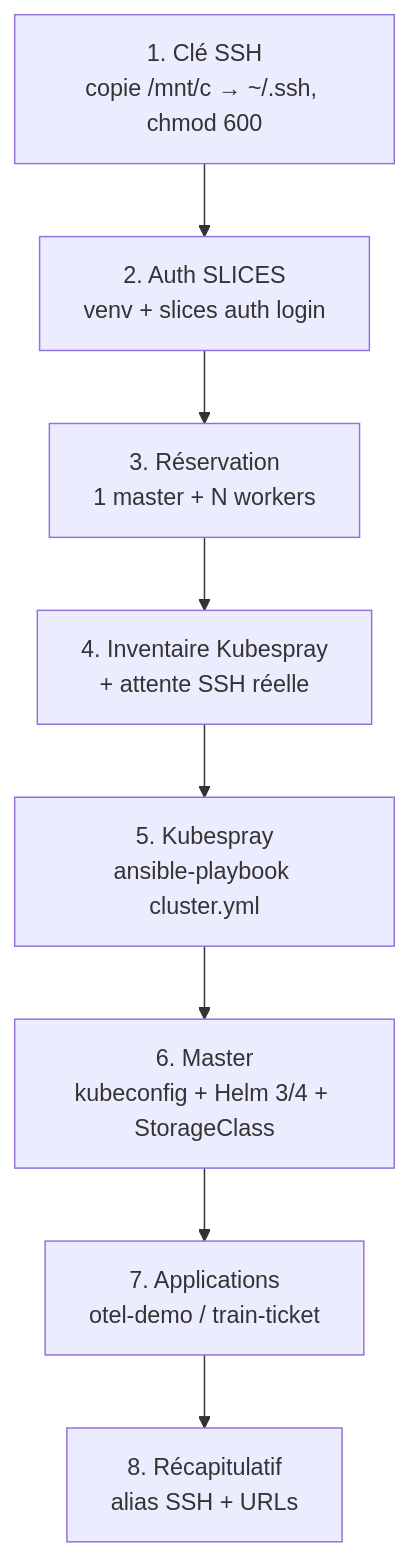
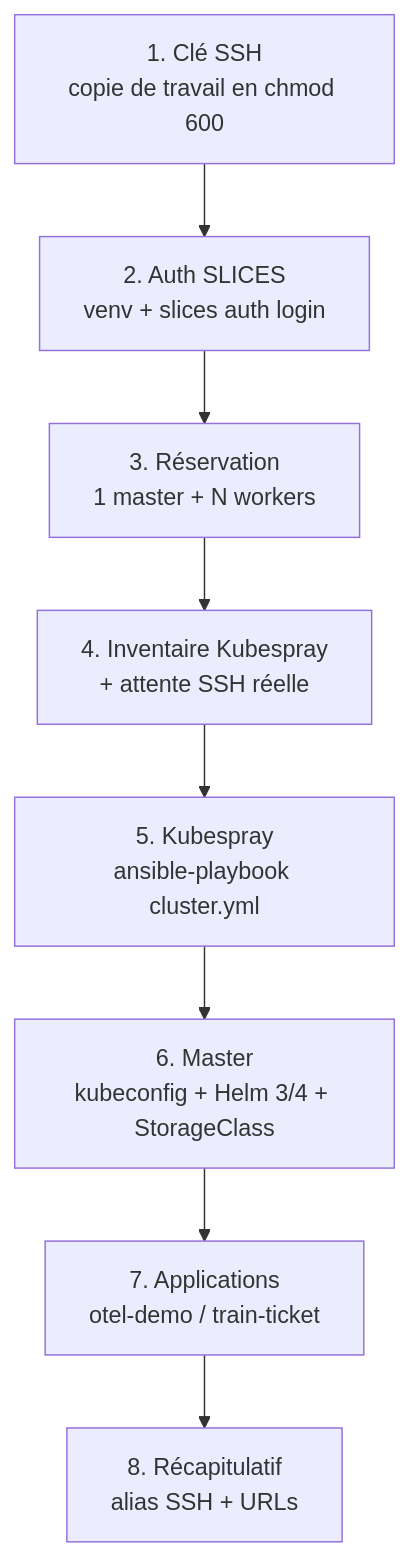
Before and after one commit to SYLLA75/autodeploy_k8s-plateforme: the diagram in README.md, drawn with Mermaid. The commit also changed other lines of this file and 5 other files, not shown here.

````diff
--- a/README.md
+++ b/README.md
@@ -104,10 +105,10 @@
 ```mermaid
 flowchart TD
-    A["1. Clé SSH<br/>copie /mnt/c → ~/.ssh, chmod 600"] --> B["2. Auth SLICES<br/>venv + slices auth login"]
+    A["1. Clé SSH<br/>copie de travail en chmod 600"] --> B["2. Auth SLICES<br/>venv + slices auth login"]
     B --> C["3. Réservation<br/>1 master + N workers"]
     C --> D["4. Inventaire Kubespray<br/>+ attente SSH réelle"]
     D --> E["5. Kubespray<br/>ansible-playbook cluster.yml"]
     E --> F["6. Master<br/>kubeconfig + Helm 3/4 + StorageClass"]
     F --> G["7. Applications<br/>otel-demo / train-ticket"]
     G --> H["8. Récapitulatif<br/>alias SSH + URLs"]
 ```
````
